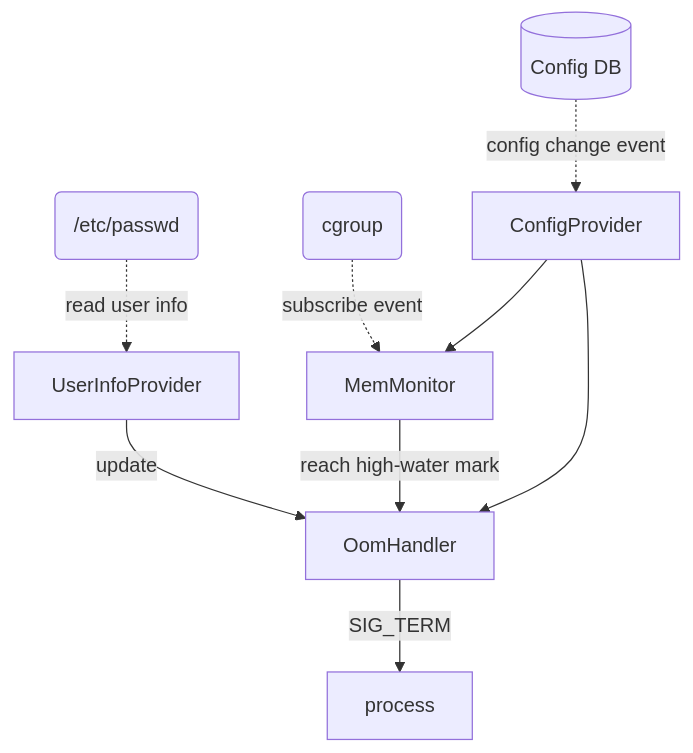
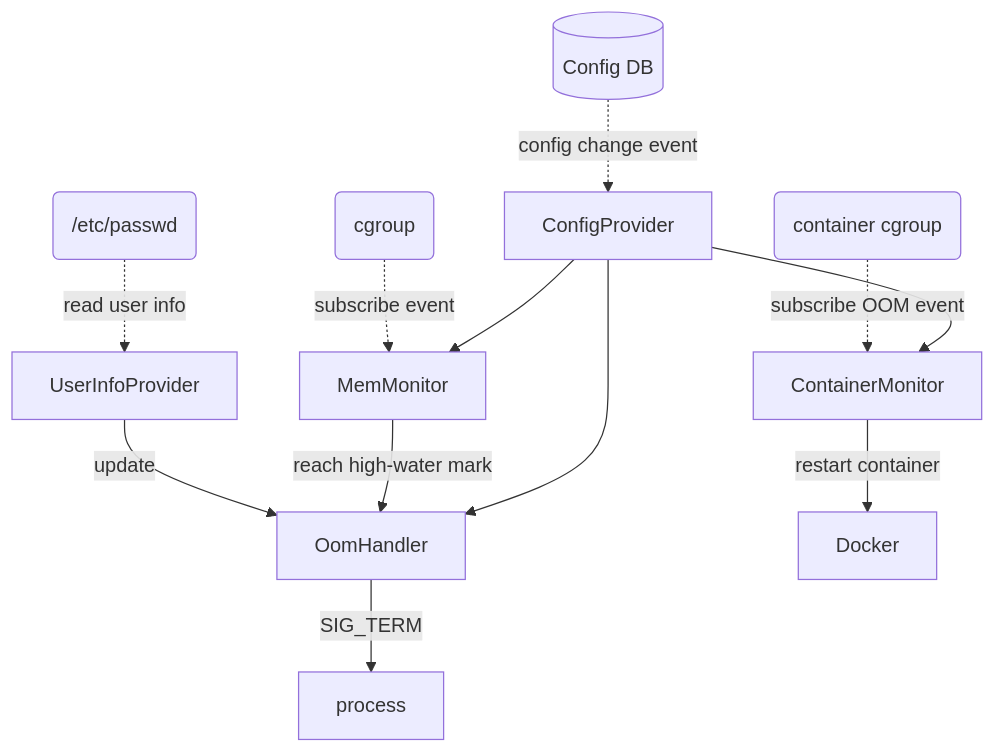
Before and after one commit to sonic-net/SONiC: the second of 2 diagrams in doc/oomd/SONiC OOM daemon.md, drawn with Mermaid. The commit also changed other lines of this file and 1 other file, not shown here.

Commit message:
Improve document add docker container monitor.

````diff
--- a/doc/oomd/SONiC OOM daemon.md
+++ b/doc/oomd/SONiC OOM daemon.md
@@ -111,19 +125,24 @@
 ```mermaid
 graph TD;
 %% USER information provider response for get user information from /etc/passwd
 passwd(/etc/passwd) -. read user info .-> userinfoprovider[UserInfoProvider];
 userinfoprovider -- update --> oomhandler[OomHandler];
 
 %% Memory monitor response for minitor memory utilzation
 cgroup(cgroup) -. subscribe event .-> memmonitor[MemMonitor]
 memmonitor -- reach high-water mark --> oomhandler[OomHandler]
 
+%% Container monitor response for minitor memory utilzation
+containercgroup(container cgroup) -. subscribe OOM event .-> containermonitor[ContainerMonitor]
+containermonitor -- restart container --> docker[Docker]
+
 %% Config provider response for monitor and get latest OOMD config
 confdb[(Config DB)] -. config change event .-> confprovider[ConfigProvider]
 confprovider --> memmonitor
 confprovider --> oomhandler
+confprovider --> containermonitor
 
 %% OOM handler will terminate process
 oomhandler -- SIG_TERM--> process[process]
 
 ```
````
